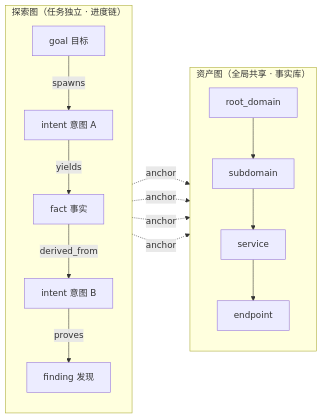
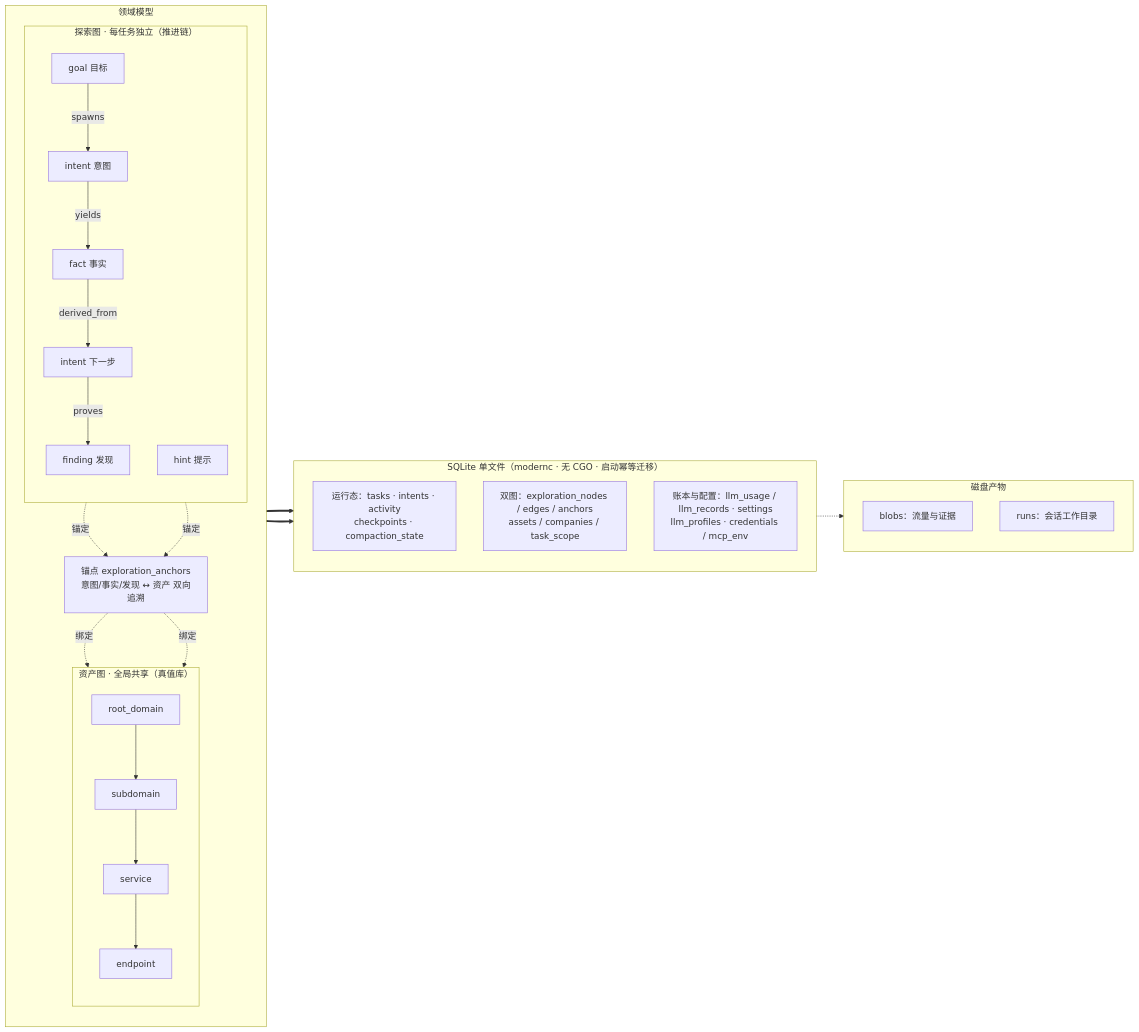
Before and after one commit to j5tv9nfzhn-hue/ARTEX-HYDRA: the third of 6 diagrams in README.md, drawn with Mermaid. The commit also changed other lines of this file and 3 other files, not shown here.

Commit message:
docs: 移除仓库截图预览，系统架构重写为六视图全新展示 [skip ci]

````diff
--- a/README.md
+++ b/README.md
@@ -248,27 +298,39 @@
 ```mermaid
 flowchart LR
-  subgraph EG["探索图（任务独立 · 进度链）"]
+  subgraph DOM["领域模型"]
     direction TB
-    G["goal 目标"]
-    I1["intent 意图 A"]
-    F1["fact 事实"]
-    I2["intent 意图 B"]
-    FD["finding 发现"]
-    G -->|spawns| I1
-    I1 -->|yields| F1
-    F1 -->|derived_from| I2
-    I2 -->|proves| FD
+    subgraph EG["探索图 · 每任务独立（推进链）"]
+      direction TB
+      G["goal 目标"] -->|spawns| I1["intent 意图"]
+      I1 -->|yields| F1["fact 事实"]
+      F1 -->|derived_from| I2["intent 下一步"]
+      I2 -->|proves| FD["finding 发现"]
+      H["hint 提示"]
+    end
+    subgraph AG["资产图 · 全局共享（真值库）"]
+      direction TB
+      RD["root_domain"] --> SD["subdomain"]
+      SD --> SV["service"]
+      SV --> EP["endpoint"]
+    end
+    AN["锚点 exploration_anchors<br/>意图/事实/发现 ↔ 资产 双向追溯"]
   end
-  subgraph AG["资产图（全局共享 · 事实库）"]
+  subgraph STO["SQLite 单文件（modernc · 无 CGO · 启动幂等迁移）"]
     direction TB
-    RD["root_domain"]
-    SD["subdomain"]
-    SV["service"]
-    EP["endpoint"]
-    RD --> SD --> SV --> EP
+    S1["运行态：tasks · intents · activity<br/>checkpoints · compaction_state"]
+    S2["双图：exploration_nodes / edges / anchors<br/>assets / companies / task_scope"]
+    S3["账本与配置：llm_usage / llm_records · settings<br/>llm_profiles · credentials / mcp_env"]
   end
-  I1 -. anchor .-> SD
-  F1 -. anchor .-> SV
-  I2 -. anchor .-> EP
-  FD -. anchor .-> EP
+  subgraph FSG["磁盘产物"]
+    direction TB
+    D1["blobs：流量与证据"]
+    D2["runs：会话工作目录"]
+  end
+  I1 -. 锚定 .-> AN
+  FD -. 锚定 .-> AN
+  AN -. 绑定 .-> SD
+  AN -. 绑定 .-> EP
+  EG ==> S2
+  AG ==> S2
+  STO -.-> FSG
 ```
````
